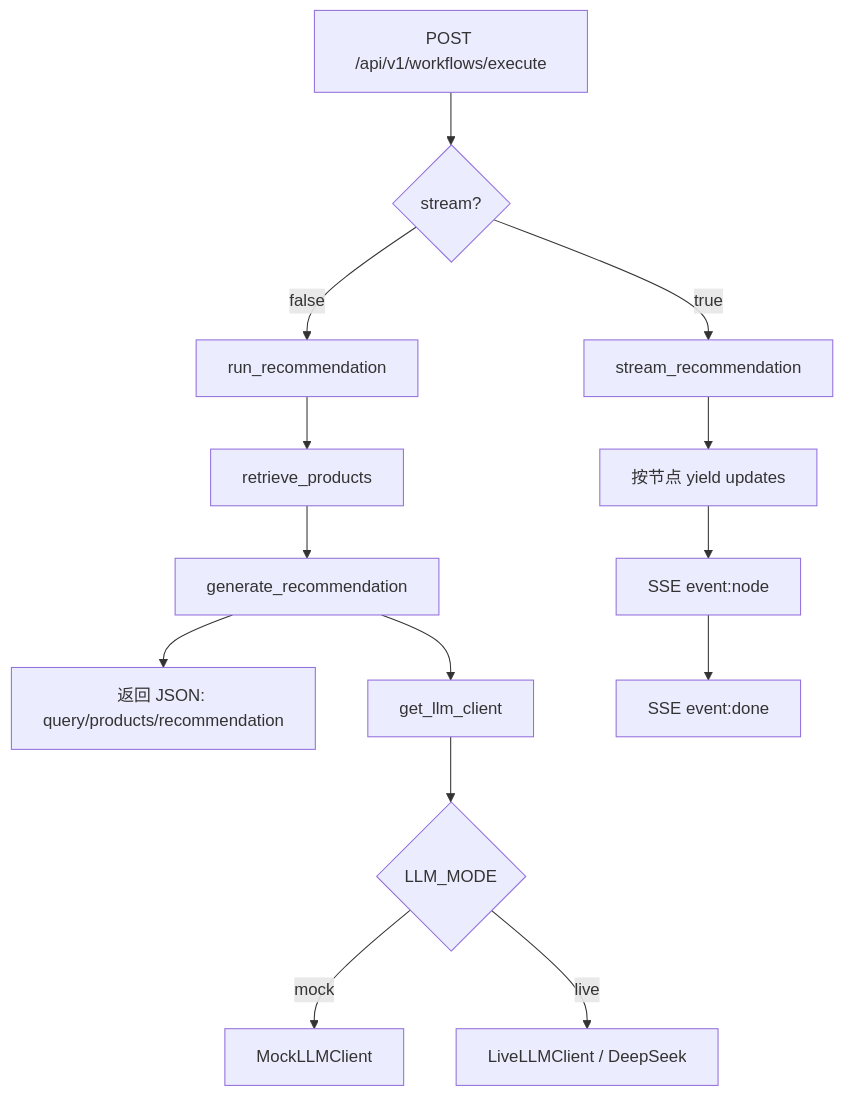
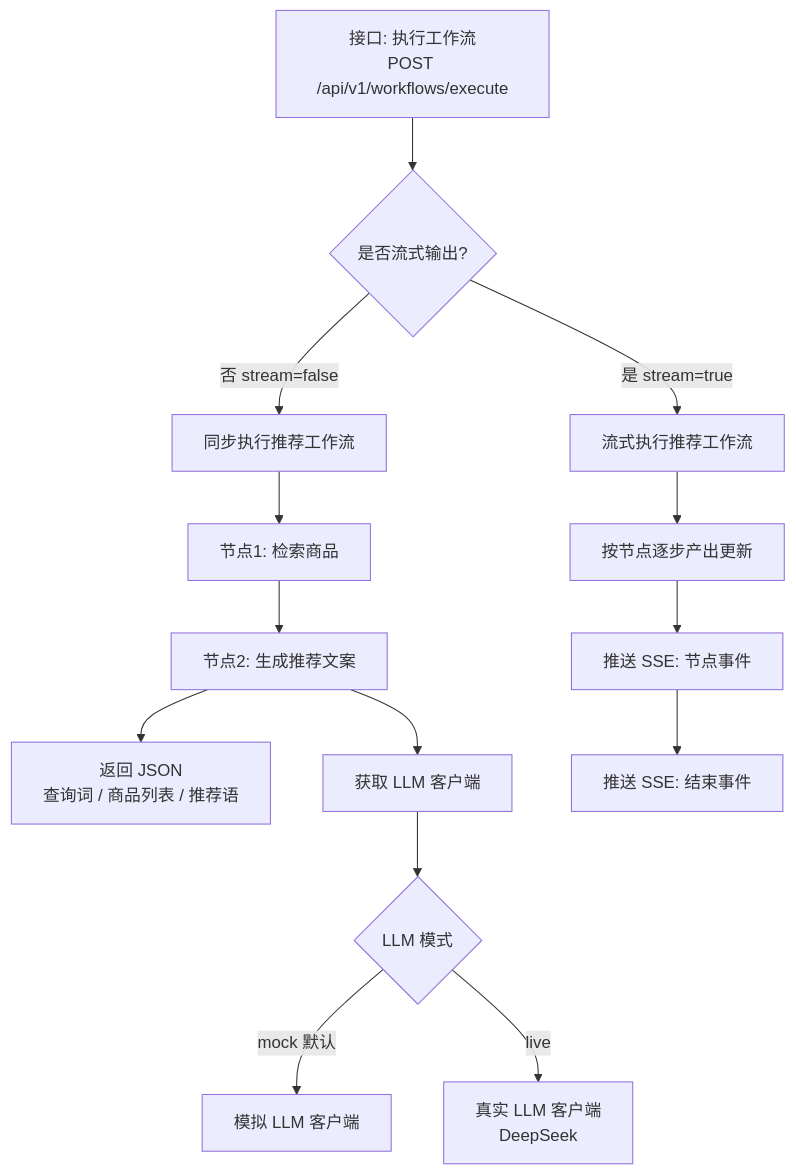
Before and after one commit to wly-163/ai-ecommerce-workbench: the diagram in backend/app/core/README.md, drawn with Mermaid. The commit also changed other lines of this file and 1 other file, not shown here.

Commit message:
docs: Mermaid 流程图改为中文标注

````diff
--- a/backend/app/core/README.md
+++ b/backend/app/core/README.md
@@ -15,16 +15,16 @@
 ```mermaid
 flowchart TD
-    A[POST /api/v1/workflows/execute] --> B{stream?}
-    B -->|false| C[run_recommendation]
-    B -->|true| D[stream_recommendation]
-    C --> E[retrieve_products]
-    E --> F[generate_recommendation]
-    F --> G[返回 JSON: query/products/recommendation]
-    D --> H[按节点 yield updates]
-    H --> I[SSE event:node]
-    I --> J[SSE event:done]
-    F --> K[get_llm_client]
-    K --> L{LLM_MODE}
-    L -->|mock| M[MockLLMClient]
-    L -->|live| N[LiveLLMClient / DeepSeek]
+    A["接口: 执行工作流<br/>POST /api/v1/workflows/execute"] --> B{是否流式输出?}
+    B -->|否 stream=false| C[同步执行推荐工作流]
+    B -->|是 stream=true| D[流式执行推荐工作流]
+    C --> E[节点1: 检索商品]
+    E --> F[节点2: 生成推荐文案]
+    F --> G["返回 JSON<br/>查询词 / 商品列表 / 推荐语"]
+    D --> H[按节点逐步产出更新]
+    H --> I[推送 SSE: 节点事件]
+    I --> J[推送 SSE: 结束事件]
+    F --> K[获取 LLM 客户端]
+    K --> L{LLM 模式}
+    L -->|mock 默认| M[模拟 LLM 客户端]
+    L -->|live| N[真实 LLM 客户端<br/>DeepSeek]
 ```
````
